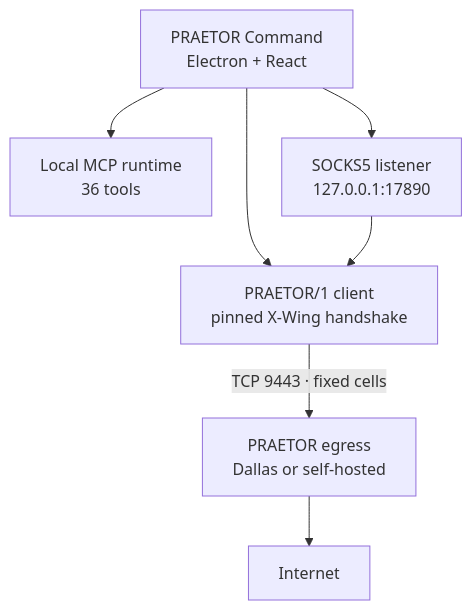
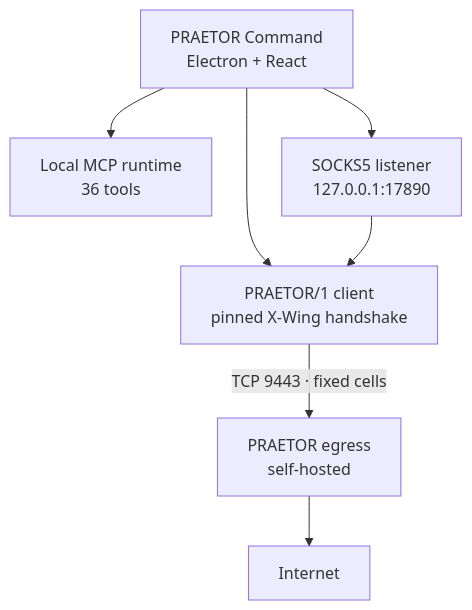
One commit to nobody71004/praetor-protocol changed the diagram in README.md. Above: the diagram before and after it, drawn with Mermaid. The commit also changed other lines of this file and 5 other files, not shown here.

First line of the commit message:
Remove server details from README and chart benchmark results.

````diff
--- a/README.md
+++ b/README.md
@@ -67,9 +67,9 @@
 ```mermaid
 flowchart TB
   UI["PRAETOR Command<br/>Electron + React"] --> MCP["Local MCP runtime<br/>36 tools"]
   UI --> CLIENT["PRAETOR/1 client<br/>pinned X-Wing handshake"]
-  CLIENT -->|"TCP 9443 · fixed cells"| EXIT["PRAETOR egress<br/>Dallas or self-hosted"]
+  CLIENT -->|"TCP 9443 · fixed cells"| EXIT["PRAETOR egress<br/>self-hosted"]
   EXIT --> NET["Internet"]
   UI --> PROXY["SOCKS5 listener<br/>127.0.0.1:17890"]
   PROXY --> CLIENT
 ```
````
